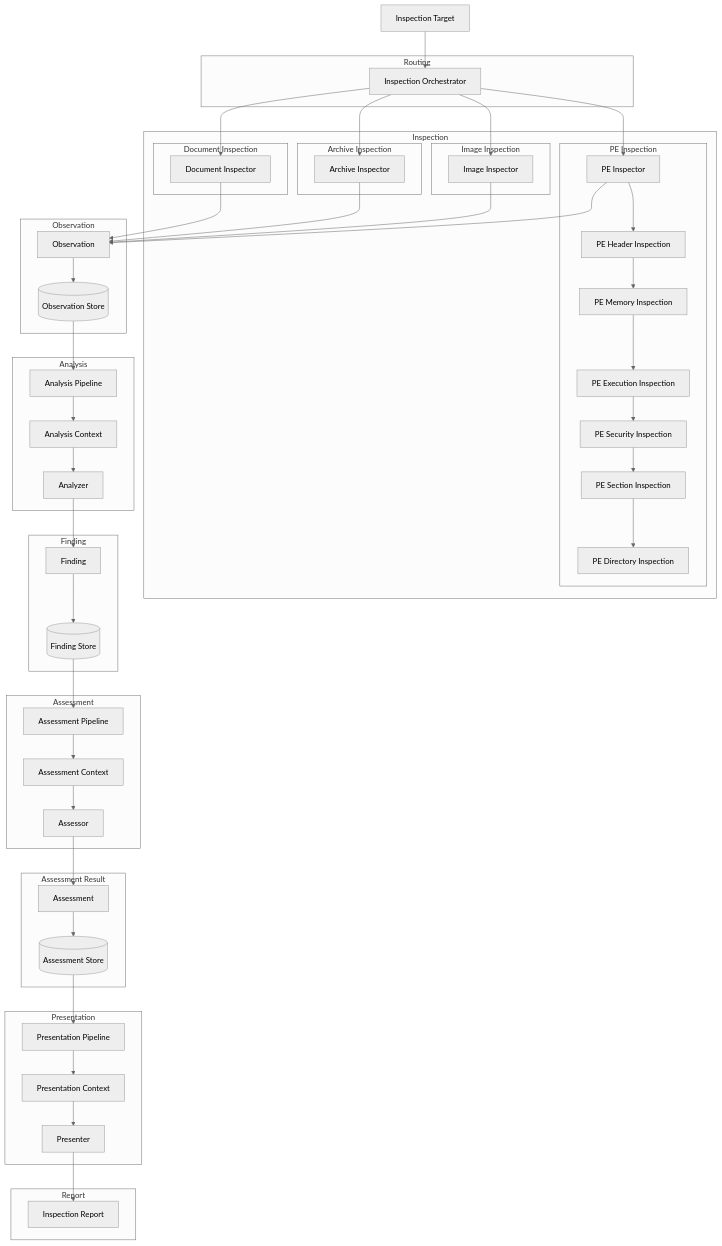
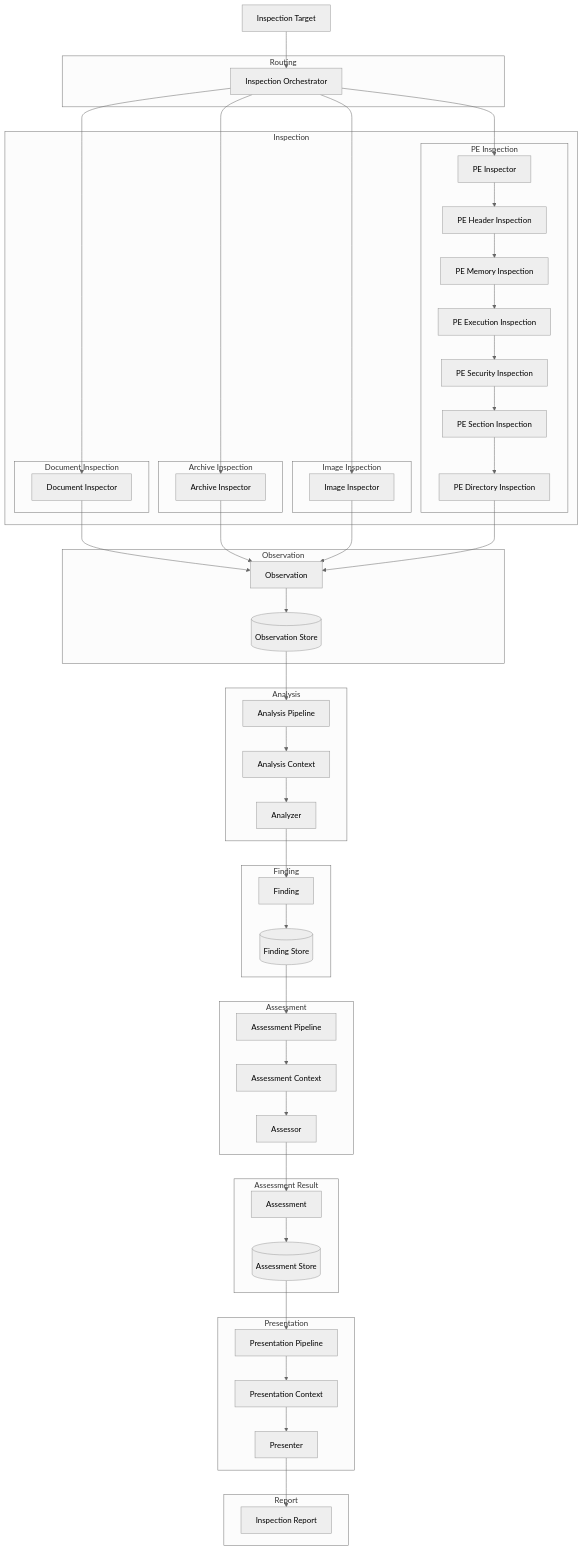
Before and after one commit to RedCipherNode/sentinelx: the third of 8 diagrams in docs/DIAGRAM.md, drawn with Mermaid (neutral theme). The commit also changed other lines of this file and 1 other file, not shown here.

Commit message:
feat(pdf): implement PDF signature and version inspection

```diff
--- a/docs/DIAGRAM.md
+++ b/docs/DIAGRAM.md
@@ -138,6 +136,7 @@
 InspectionOrchestrator --> ArchiveInspector
 InspectionOrchestrator --> ImageInspector
 
+
 %% ===================================================================
 %% OBSERVATION
 %% ===================================================================
@@ -152,10 +151,11 @@
 
 end
 
-PEInspector --> Observation
+
 DocumentInspector --> Observation
 ArchiveInspector --> Observation
 ImageInspector --> Observation
+PEDirectoryInspection --> Observation
 
 %% ===================================================================
 %% ANALYSIS
```
